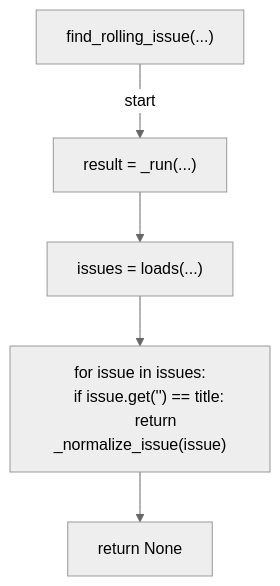
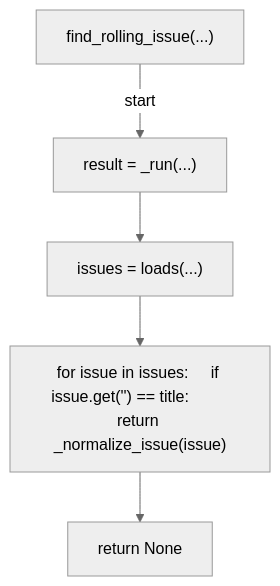
One commit to tvna/claude-md changed the ninth of 25 diagrams in docs/generated/scripts/ast/branch_cleanup.md. Above: the diagram before and after it, drawn with Mermaid (neutral theme). The commit also changed other lines of this file and 20 other files, not shown here.

First line of the commit message:
docs(generated): regenerate decision tree and workflow diagrams (batch 1/5)

````diff
--- a/docs/generated/scripts/ast/branch_cleanup.md
+++ b/docs/generated/scripts/ast/branch_cleanup.md
@@ -130,14 +123,12 @@
 ```mermaid
 flowchart TD
     N001["find_rolling_issue(...)"]
     N002["result = _run(...)"]
     N003["issues = loads(...)"]
-    N004["for issue in issues:
-    if issue.get('<str>') == title:
-        return _normalize_issue(issue)"]
+    N004["for issue in issues:     if issue.get('<str>') == title:         return _normalize_issue(issue)"]
     N005["return None"]
     N001 -->|"start"| N002
     N002 --> N003
     N003 --> N004
     N004 --> N005
 ```
````
